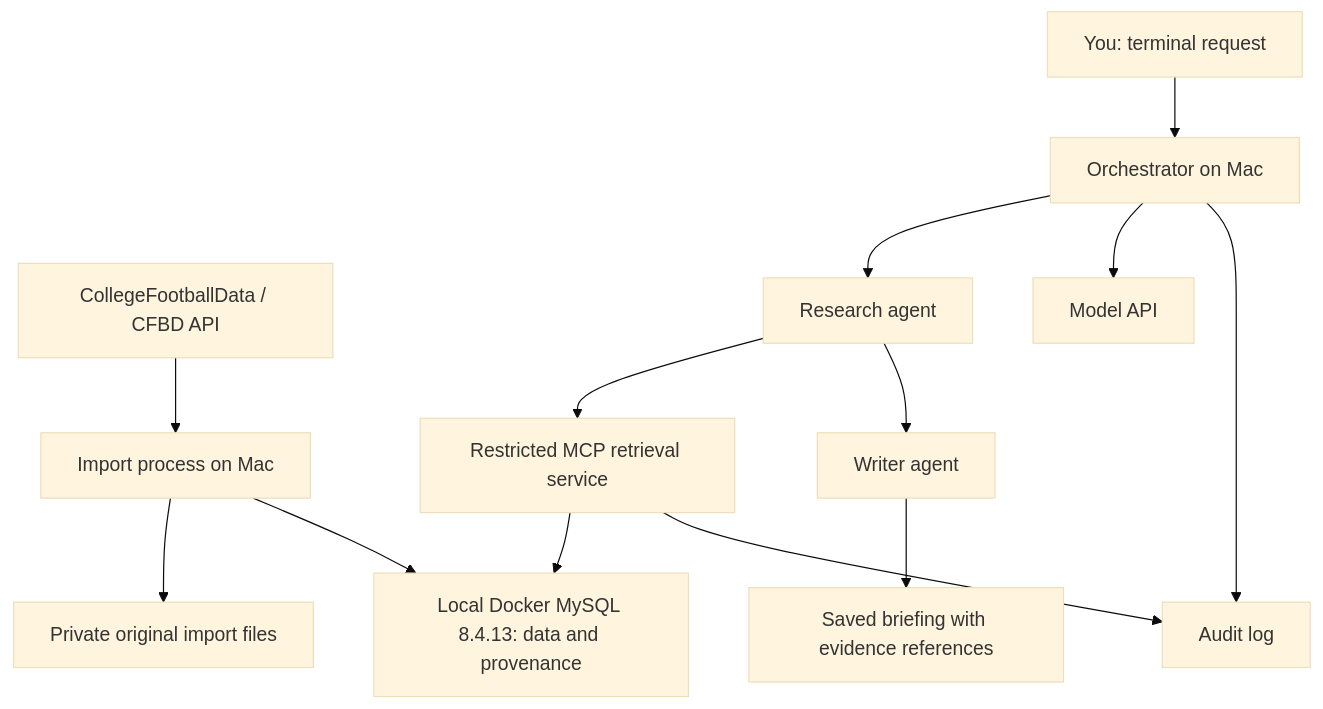
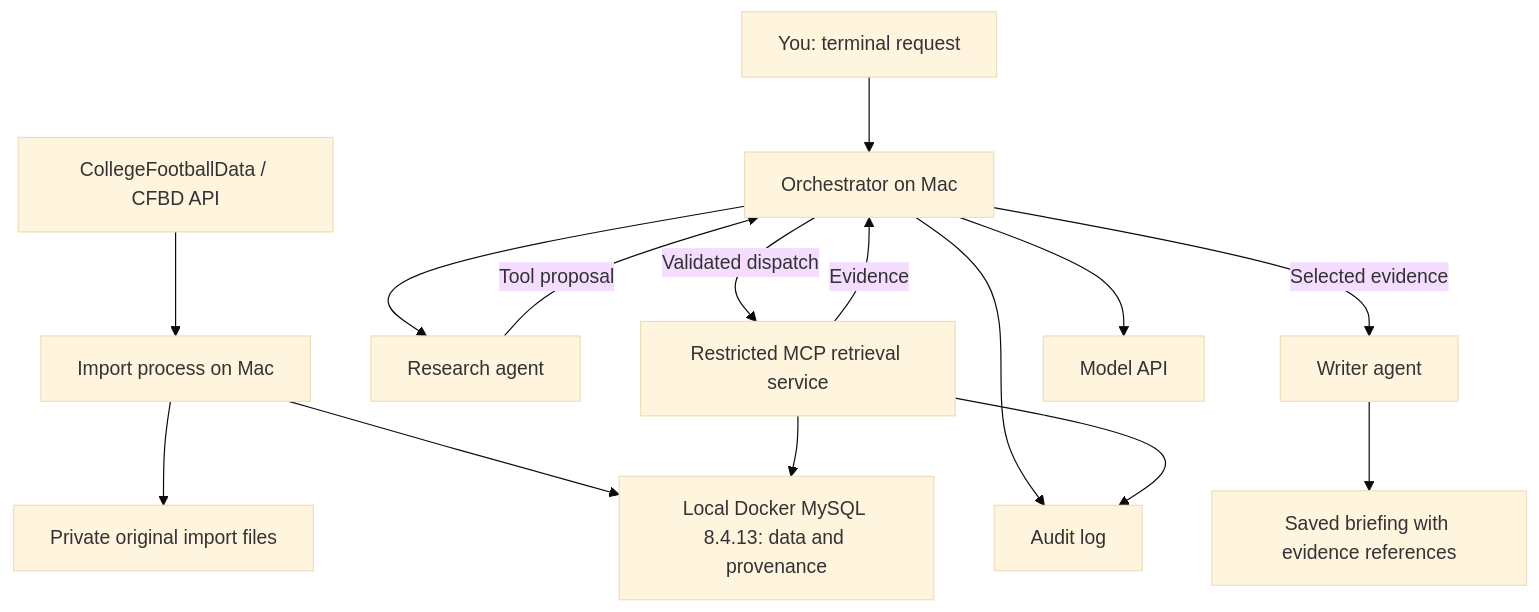
Before and after one commit to ryancesutton/stillwater-longhorns: the diagram in docs/project-outline.md, drawn with Mermaid (base theme). The commit also changed other lines of this file and 21 other files, not shown here.

````diff
--- a/docs/project-outline.md
+++ b/docs/project-outline.md
@@ -22,15 +26,17 @@
 ```mermaid
 flowchart TD
     D[CollegeFootballData / CFBD API] --> IM[Import process on Mac]
     IM --> RAW[Private original import files]
     IM --> DB[Local Docker MySQL 8.4.13: data and provenance]
     U[You: terminal request] --> O[Orchestrator on Mac]
     O --> R[Research agent]
-    R --> M[Restricted MCP retrieval service]
+    R -->|Tool proposal| O
+    O -->|Validated dispatch| M[Restricted MCP retrieval service]
     M --> DB
-    R --> W[Writer agent]
+    M -->|Evidence| O
+    O -->|Selected evidence| W[Writer agent]
     W --> B[Saved briefing with evidence references]
     O --> API[Model API]
     O --> L[Audit log]
     M --> L
 ```
````
